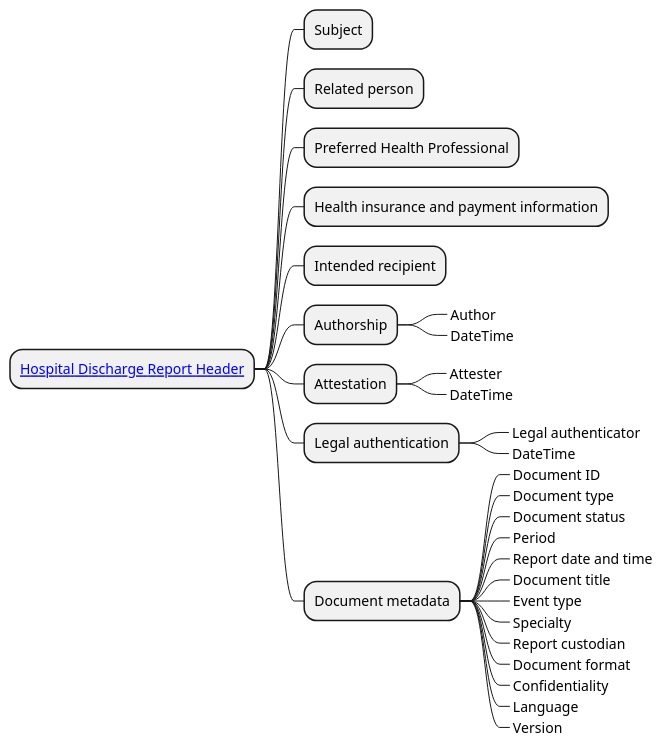
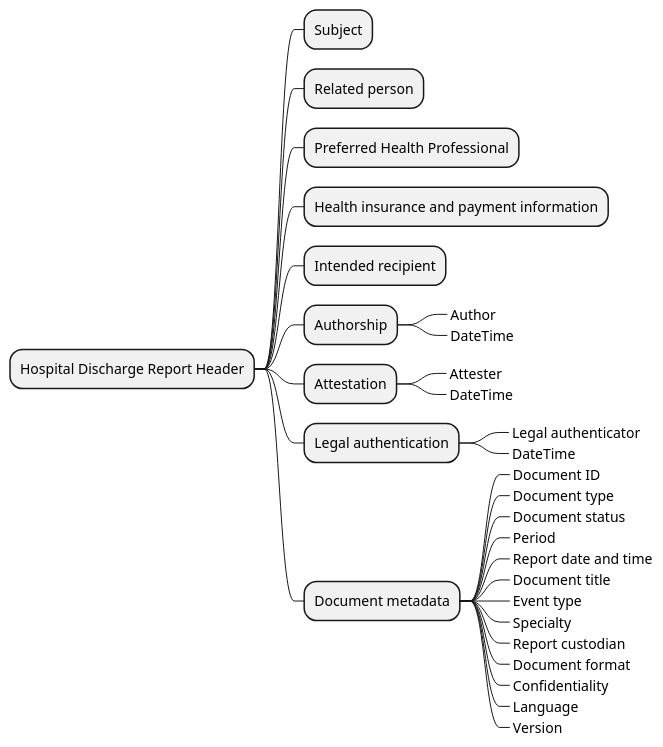
Before and after one commit to osickam/hdr-cz: the diagram in input/images/hdrReportHdr_CIM.plantuml, drawn with PlantUML. The commit also changed 17 other files, not shown here.

```diff
--- a/input/images/hdrReportHdr_CIM.plantuml
+++ b/input/images/hdrReportHdr_CIM.plantuml
@@ -1,36 +1,36 @@
 @startmindmap
 skinparam topurl StructureDefinition-
-* [[EHDSHospitalDischargeReportHeader.html Hospital Discharge Report Header]]
+* Hospital Discharge Report Header
 ** Subject
 ** Related person
 ** Preferred Health Professional
 ** Health insurance and payment information
 ** Intended recipient
 ** Authorship
 ***_ Author
 ***_ DateTime
 ** Attestation
 ***_ Attester
 ***_ DateTime
 ** Legal authentication
 ***_ Legal authenticator
 ***_ DateTime
 ** Document metadata
 ***_ Document ID
 ***_ Document type
 ***_ Document status
 ***_ Period
 ***_ Report date and time
 ***_ Document title
 ***_ Event type
 ***_ Specialty
 ***_ Report custodian
 ***_ Document format
 ***_ Confidentiality
 ***_ Language
 ***_ Version
 /' ** Knowledge resources
 ***_ External reference
 ***_ Related with
  '/
  @endmindmap
```
